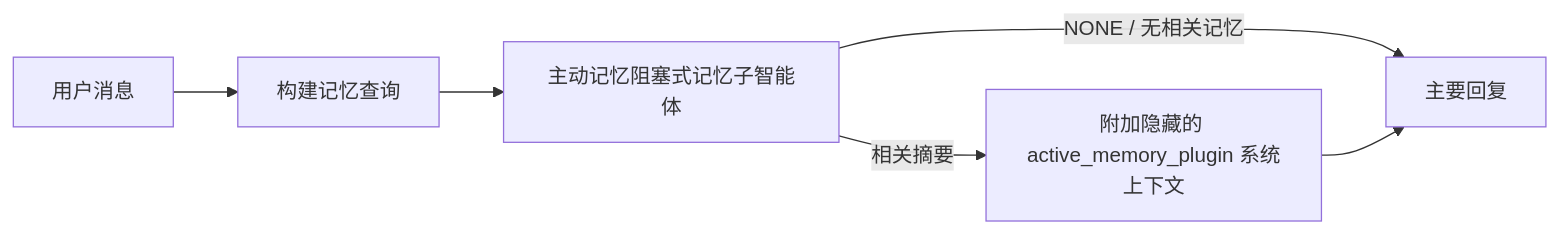
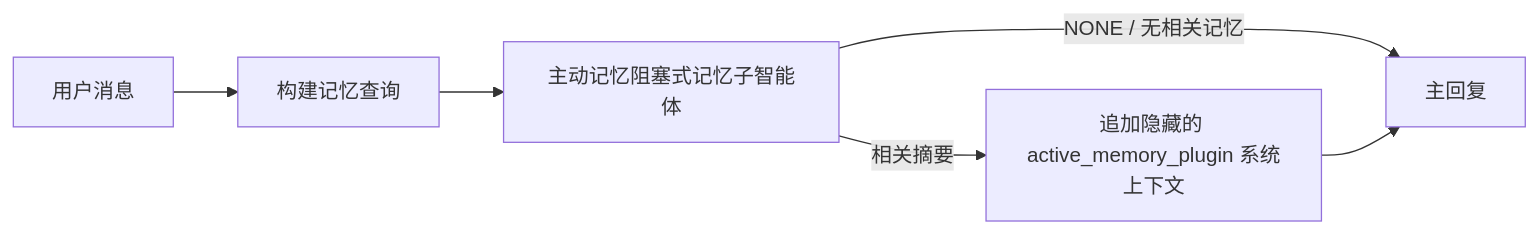
One commit to openclaw/docs changed the diagram in docs/zh-CN/concepts/active-memory.md. Above: the diagram before and after it, drawn with Mermaid. The commit also changed other lines of this file and 6121 other files, not shown here.

````diff
--- a/docs/zh-CN/concepts/active-memory.md
+++ b/docs/zh-CN/concepts/active-memory.md
@@ -73,8 +77,8 @@
 ```mermaid
 flowchart LR
   U["用户消息"] --> Q["构建记忆查询"]
   Q --> R["主动记忆阻塞式记忆子智能体"]
-  R -->|NONE / 无相关记忆| M["主要回复"]
-  R -->|相关摘要| I["附加隐藏的 active_memory_plugin 系统上下文"]
-  I --> M["主要回复"]
+  R -->|NONE / 无相关记忆| M["主回复"]
+  R -->|相关摘要| I["追加隐藏的 active_memory_plugin 系统上下文"]
+  I --> M["主回复"]
 ```
````
